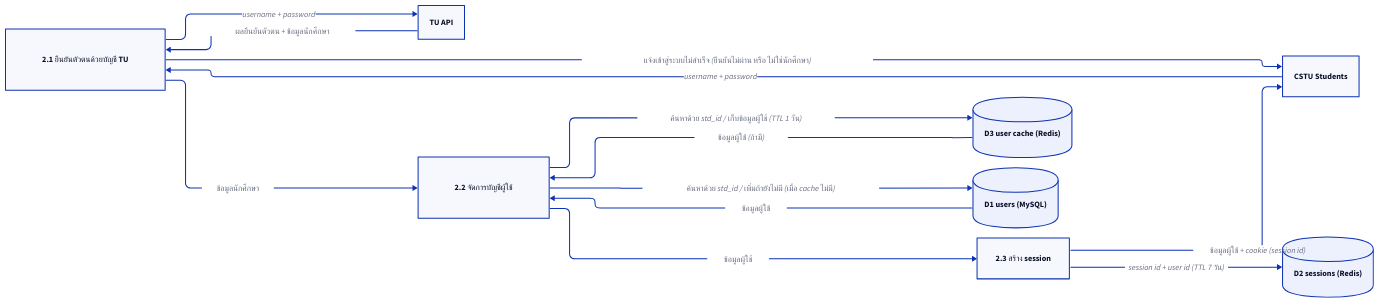
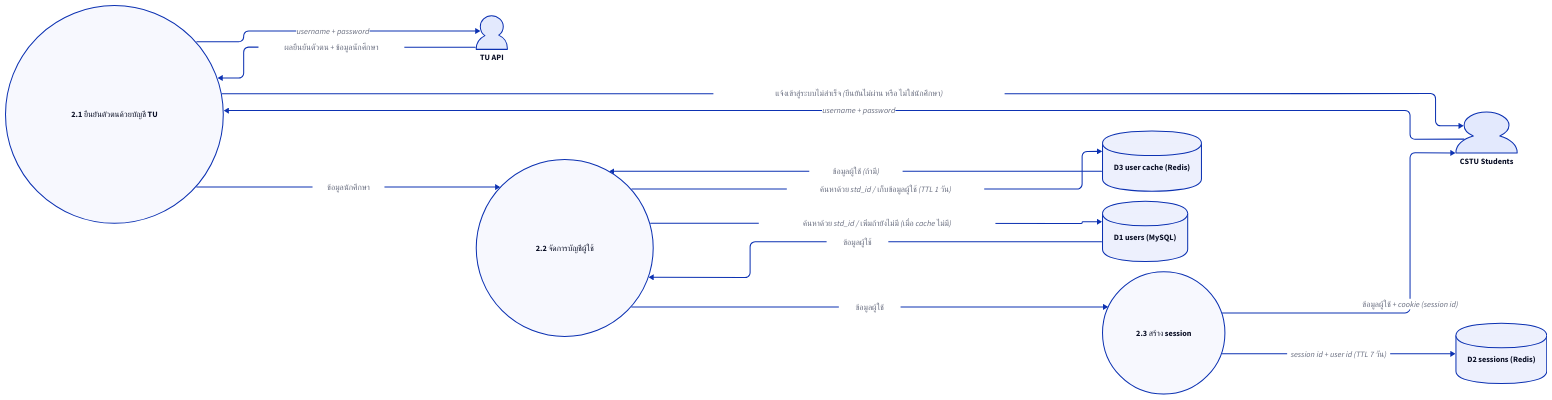
The diagram in docs/Diagrams/DFD/US2.d2 (Saranwich/CS261), drawn with D2 before and after one commit. The commit also changed 27 other files, not shown here.

Commit message:
fix(diagrams): use person/circle/cylinder shapes

```diff
--- a/docs/Diagrams/DFD/US2.d2
+++ b/docs/Diagrams/DFD/US2.d2
@@ -1,41 +1,44 @@
 vars: {
     d2-config: {
         layout-engine: elk
     }
 }
 
 direction: right
 
 cstu_student: CSTU Students
-cstu_student.shape: rectangle
+cstu_student.shape: person
 
 tu_api: TU API
-tu_api.shape: rectangle
+tu_api.shape: person
 
 system2-1: 2.1 ยืนยันตัวตนด้วยบัญชี TU
+system2-1.shape: circle
 system2-2: 2.2 จัดการบัญชีผู้ใช้
+system2-2.shape: circle
 system2-3: 2.3 สร้าง session
+system2-3.shape: circle
 
 users: D1 users (MySQL)
 users.shape: cylinder
 
 sessions: D2 sessions (Redis)
 sessions.shape: cylinder
 
 user_cache: D3 user cache (Redis)
 user_cache.shape: cylinder
 
 cstu_student -> system2-1: username + password
 system2-3 -> cstu_student: ข้อมูลผู้ใช้ + cookie (session id)
 system2-1 -> tu_api: username + password
 tu_api -> system2-1: ผลยืนยันตัวตน + ข้อมูลนักศึกษา
 system2-1 -> cstu_student: แจ้งเข้าสู่ระบบไม่สำเร็จ (ยืนยันไม่ผ่าน หรือ ไม่ใช่นักศึกษา)
 
 system2-1 -> system2-2: ข้อมูลนักศึกษา
 system2-2 -> user_cache: ค้นหาด้วย std_id / เก็บข้อมูลผู้ใช้ (TTL 1 วัน)
 user_cache -> system2-2: ข้อมูลผู้ใช้ (ถ้ามี)
 system2-2 -> users: ค้นหาด้วย std_id / เพิ่มถ้ายังไม่มี (เมื่อ cache ไม่มี)
 users -> system2-2: ข้อมูลผู้ใช้
 
 system2-2 -> system2-3: ข้อมูลผู้ใช้
 system2-3 -> sessions: session id + user id (TTL 7 วัน)
```
